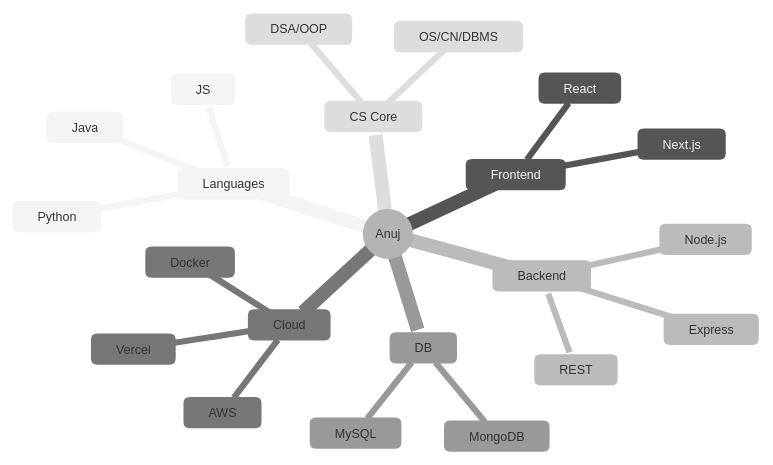
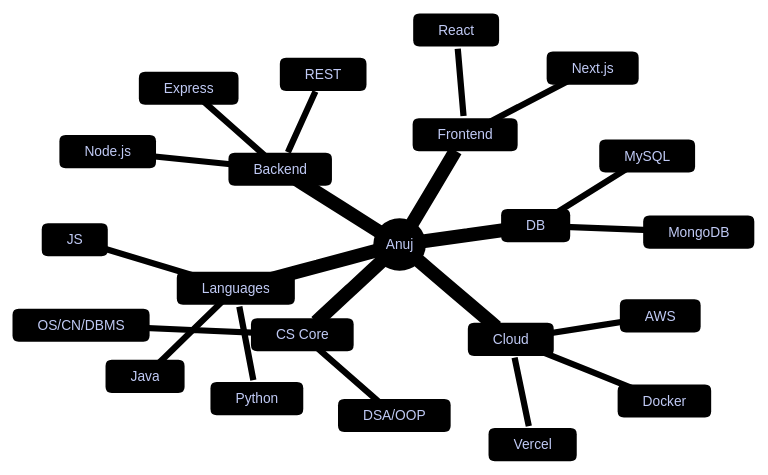
One commit to Anuj-er/Anuj-er changed the diagram in README.md. Above: the diagram before and after it, drawn with Mermaid. The commit also changed other lines of this file, not shown here.

Commit message:
style: left-align table content, tokyo-night colors for mermaid

````diff
--- a/README.md
+++ b/README.md
@@ -67,26 +67,26 @@
 ```mermaid
-%%{init: {'theme': 'neutral', 'themeVariables': {'fontSize': '10px'}}}%%
+%%{init: {'theme': 'base', 'themeVariables': {'fontSize': '11px', 'primaryColor': '#1a1b2e', 'primaryTextColor': '#c0caf5', 'primaryBorderColor': '#7aa2f7', 'lineColor': '#7aa2f7', 'secondaryColor': '#16213e', 'tertiaryColor': '#0f3460', 'nodeBorder': '#bb9af7', 'clusterBkg': '#1a1b2e', 'titleColor': '#7aa2f7', 'edgeLabelBackground': '#1a1b2e'}}}%%
 mindmap
   root((Anuj))
     Languages
       Java
       Python
       JS
     Frontend
       React
       Next.js
     Backend
       Node.js
       Express
       REST
     Cloud
       AWS
       Docker
       Vercel
     DB
       MongoDB
       MySQL
     CS Core
       DSA/OOP
       OS/CN/DBMS
 ```
````
